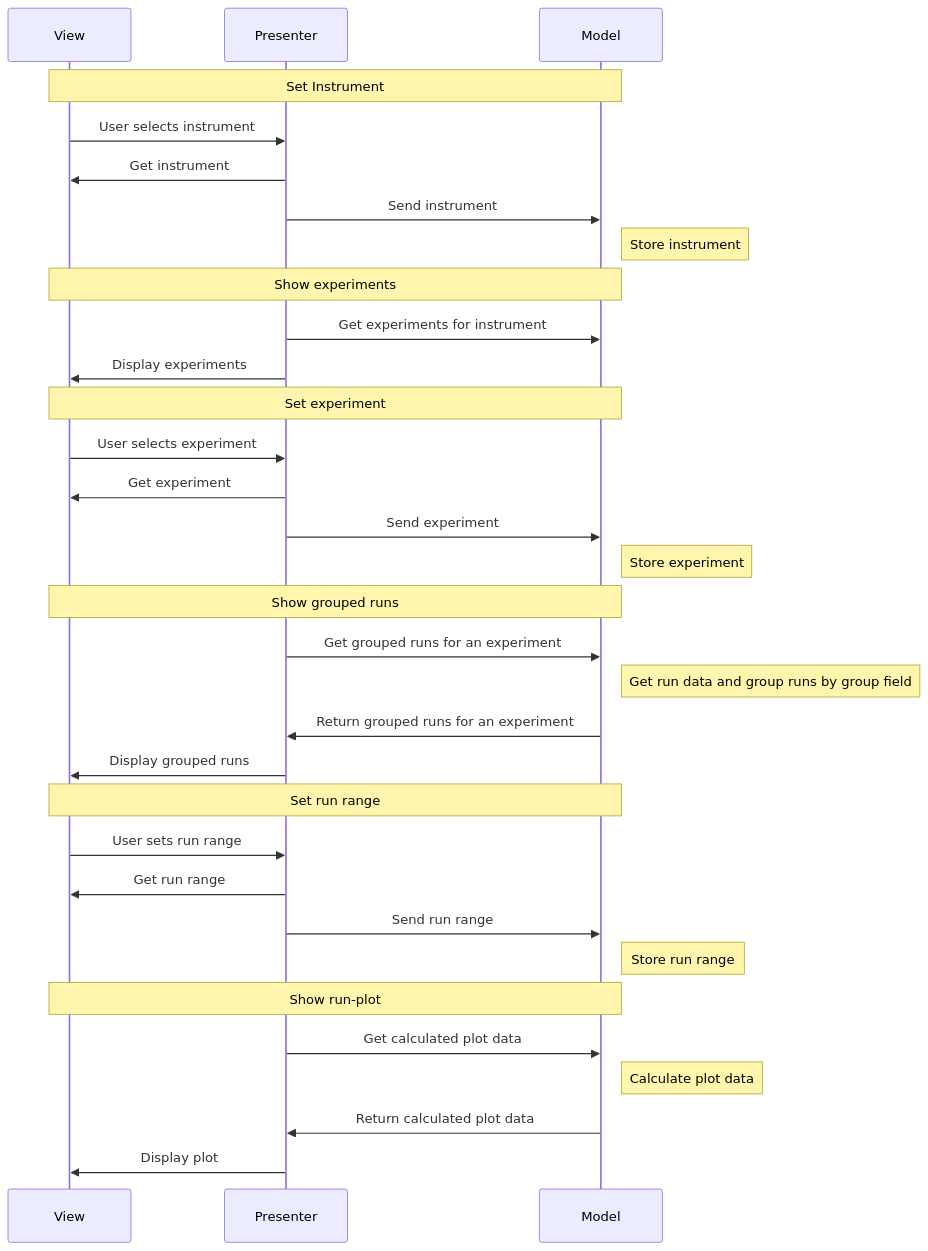
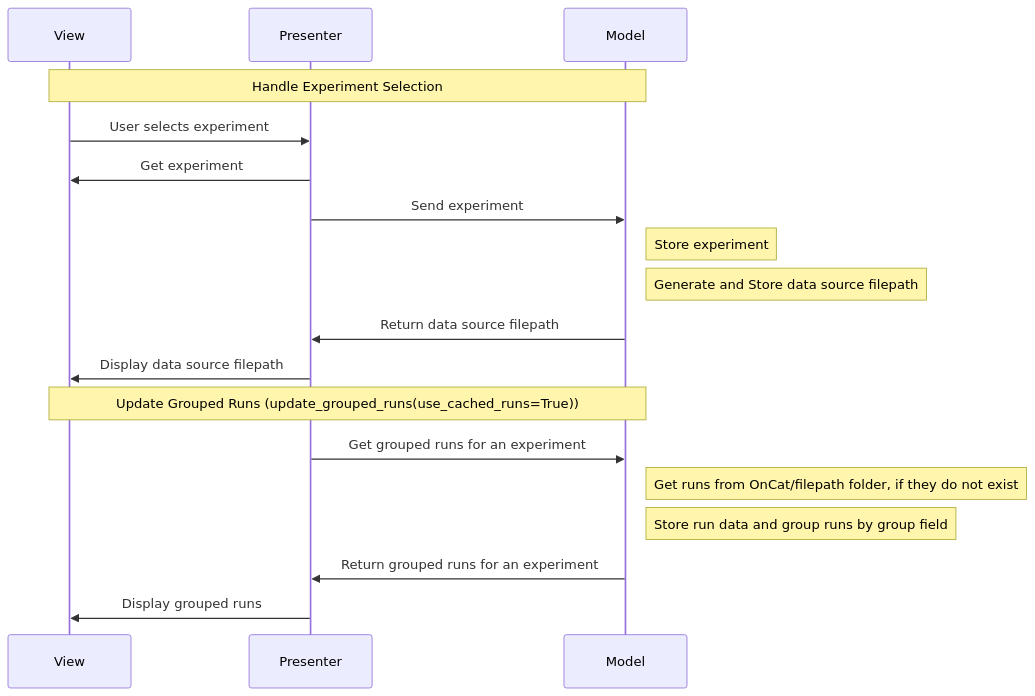
Before and after one commit to neutrons/garnet: the seventh of 9 diagrams in docs/source/design/oncat_mvp.rst, drawn with Mermaid. The commit also changed other lines of this file and 6 other files, not shown here.

```diff
--- a/docs/source/design/oncat_mvp.rst
+++ b/docs/source/design/oncat_mvp.rst
@@ -126,40 +194,21 @@
-.. mermaid::
+    .. mermaid::
 
-    sequenceDiagram
-        participant View
-        participant Presenter
-        participant Model
+        sequenceDiagram
+            participant View
+            participant Presenter
+            participant Model
+            Note over View,Model: Handle Experiment Selection
+            View->>Presenter: User selects experiment
+            Presenter->>View: Get experiment
+            Presenter->>Model: Send experiment
+            Note right of Model: Store experiment
+            Note right of Model: Generate and Store data source filepath
+            Model->>Presenter: Return data source filepath
+            Presenter->>View: Display data source filepath
 
-        Note over View,Model: Set Instrument
-        View->>Presenter: User selects instrument
-        Presenter->>View: Get instrument
-        Presenter->>Model: Send instrument
-        Note right of Model: Store instrument
-
-        Note over View,Model: Show experiments
-        Presenter->>Model: Get experiments for instrument
-        Presenter->>View: Display experiments
-
-        Note over View,Model: Set experiment
-        View->>Presenter: User selects experiment
-        Presenter->>View: Get experiment
-        Presenter->>Model: Send experiment
-        Note right of Model: Store experiment
-
-        Note over View,Model: Show grouped runs
-        Presenter->>Model: Get grouped runs for an experiment
-        Note right of Model: Get run data and group runs by group field
-        Model->>Presenter: Return grouped runs for an experiment
-        Presenter->>View: Display grouped runs
-
-        Note over View,Model: Set run range
-        View->>Presenter: User sets run range
-        Presenter->>View: Get run range
-        Presenter->>Model: Send run range
-        Note right of Model: Store run range
-
-        Note over View,Model: Show run-plot
-        Presenter->>Model: Get calculated plot data
-        Note right of Model: Calculate plot data
-        Model->>Presenter: Return calculated plot data
-        Presenter->>View: Display plot
+            Note over View,Model: Update Grouped Runs (update_grouped_runs(use_cached_runs=True))
+            Presenter->>Model: Get grouped runs for an experiment
+            Note right of Model: Get runs from OnCat/filepath folder, if they do not exist
+            Note right of Model: Store run data and group runs by group field
+            Model->>Presenter: Return grouped runs for an experiment
+            Presenter->>View: Display grouped runs
```
